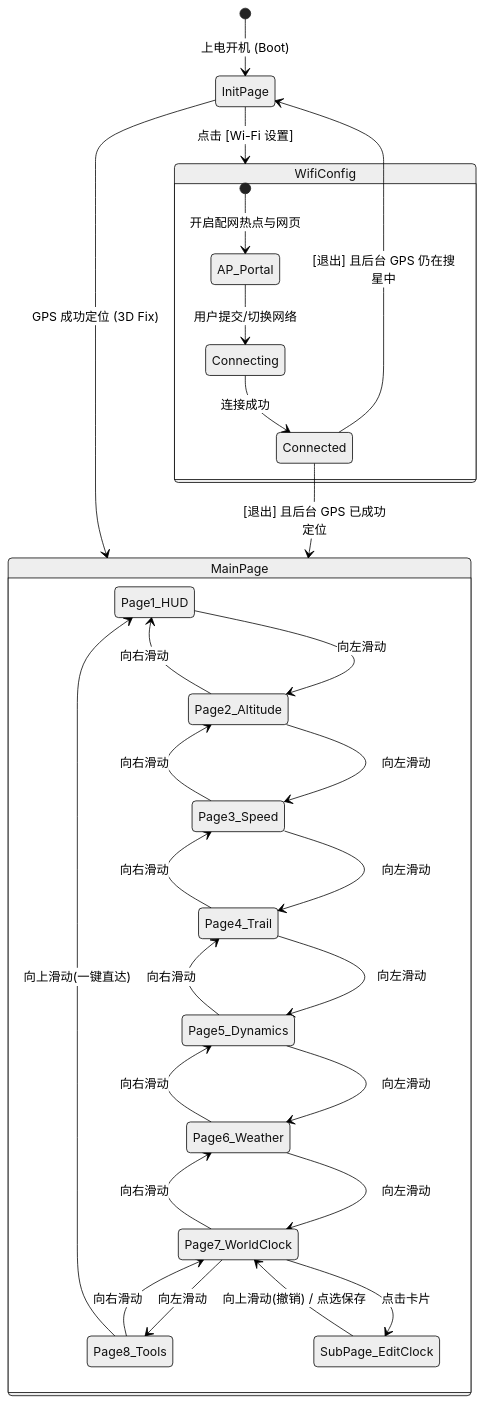
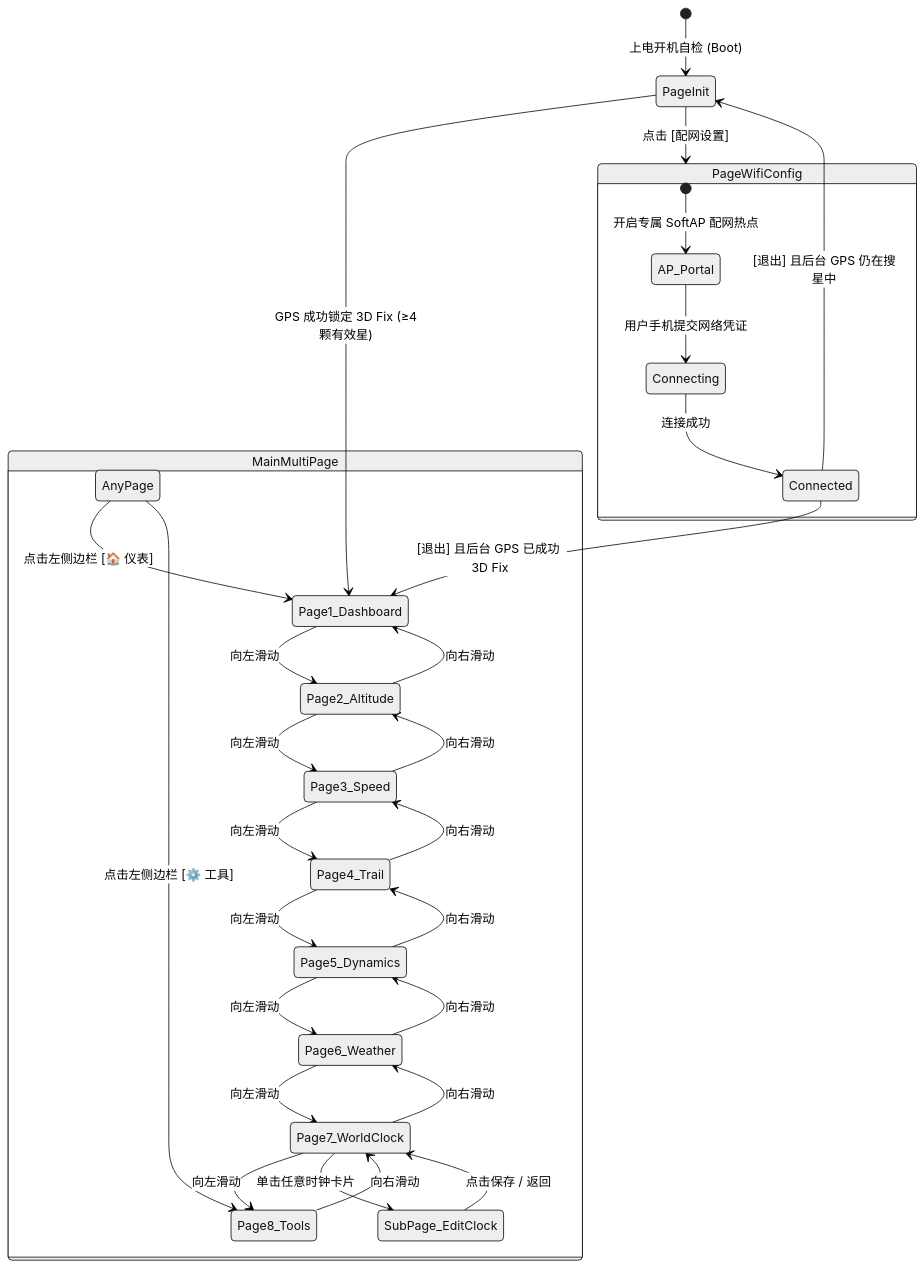
Before and after one commit to AubreyHan/PersonalDev: the diagram in DevDoc/m5-vehicle-tracker/PRD.md, drawn with Mermaid (neutral theme). The commit also changed other lines of this file, not shown here.

````diff
--- a/DevDoc/m5-vehicle-tracker/PRD.md
+++ b/DevDoc/m5-vehicle-tracker/PRD.md
@@ -69,36 +88,39 @@
 ```mermaid
 stateDiagram-v2
-    [*] --> InitPage: 上电开机 (Boot)
-    InitPage --> WifiConfig: 点击 [Wi-Fi 设置]
+    [*] --> PageInit: 上电开机自检 (Boot)
+    PageInit --> PageWifiConfig: 点击 [配网设置]
     
-    state WifiConfig {
-        [*] --> AP_Portal: 开启配网热点与网页
-        AP_Portal --> Connecting: 用户提交/切换网络
+    state PageWifiConfig {
+        [*] --> AP_Portal: 开启专属 SoftAP 配网热点
+        AP_Portal --> Connecting: 用户手机提交网络凭证
         Connecting --> Connected: 连接成功
     }
     
-    InitPage --> MainPage: GPS 成功定位 (3D Fix)
+    PageInit --> Page1_Dashboard: GPS 成功锁定 3D Fix (≥4颗有效星)
     
-    Connected --> MainPage: [退出] 且后台 GPS 已成功定位
-    Connected --> InitPage: [退出] 且后台 GPS 仍在搜星中
+    Connected --> Page1_Dashboard: [退出] 且后台 GPS 已成功 3D Fix
+    Connected --> PageInit: [退出] 且后台 GPS 仍在搜星中
     
-    state MainPage {
-        Page1_HUD --> Page2_Altitude: 向左滑动
+    state MainMultiPage {
+        Page1_Dashboard --> Page2_Altitude: 向左滑动
         Page2_Altitude --> Page3_Speed: 向左滑动
         Page3_Speed --> Page4_Trail: 向左滑动
         Page4_Trail --> Page5_Dynamics: 向左滑动
         Page5_Dynamics --> Page6_Weather: 向左滑动
         Page6_Weather --> Page7_WorldClock: 向左滑动
         Page7_WorldClock --> Page8_Tools: 向左滑动
+        
         Page8_Tools --> Page7_WorldClock: 向右滑动
         Page7_WorldClock --> Page6_Weather: 向右滑动
         Page6_Weather --> Page5_Dynamics: 向右滑动
         Page5_Dynamics --> Page4_Trail: 向右滑动
         Page4_Trail --> Page3_Speed: 向右滑动
         Page3_Speed --> Page2_Altitude: 向右滑动
-        Page2_Altitude --> Page1_HUD: 向右滑动
-        Page8_Tools --> Page1_HUD: 向上滑动(一键直达)
-        Page7_WorldClock --> SubPage_EditClock: 点击卡片
-        SubPage_EditClock --> Page7_WorldClock: 向上滑动(撤销) / 点选保存
+        Page2_Altitude --> Page1_Dashboard: 向右滑动
+        
+        AnyPage --> Page1_Dashboard: 点击左侧边栏 [🏠 仪表]
+        AnyPage --> Page8_Tools: 点击左侧边栏 [⚙️ 工具]
+        Page7_WorldClock --> SubPage_EditClock: 单击任意时钟卡片
+        SubPage_EditClock --> Page7_WorldClock: 点击保存 / 返回
     }
 ```
````
